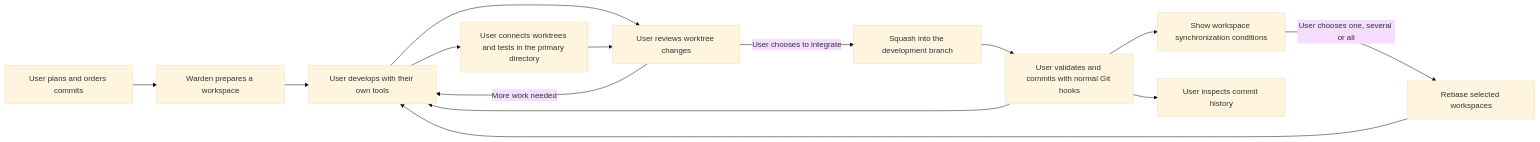
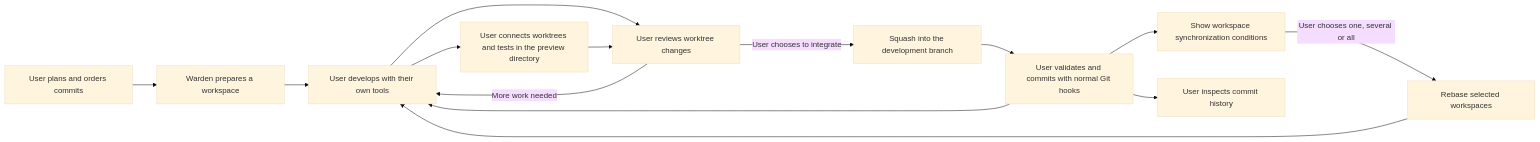
One commit to xbghc/warden changed the diagram in docs/workflow.md. Above: the diagram before and after it, drawn with Mermaid (base theme). The commit also changed other lines of this file and 55 other files, not shown here.

````diff
--- a/docs/workflow.md
+++ b/docs/workflow.md
@@ -133,16 +129,16 @@
 ```mermaid
 flowchart LR
   P[User plans and orders commits] --> W[Warden prepares a workspace]
   W --> E[User develops with their own tools]
-  E --> V[User connects worktrees and tests in the primary directory]
+  E --> V[User connects worktrees and tests in the preview directory]
   E --> R[User reviews worktree changes]
   V --> R[User reviews worktree changes]
   R -->|More work needed| E
   R -->|User chooses to integrate| S[Squash into the development branch]
   S --> C[User validates and commits with normal Git hooks]
   C --> E
   C --> N[Show workspace synchronization conditions]
   N -->|User chooses one, several or all| B[Rebase selected workspaces]
   B --> E
   C --> H[User inspects commit history]
 ```
````
